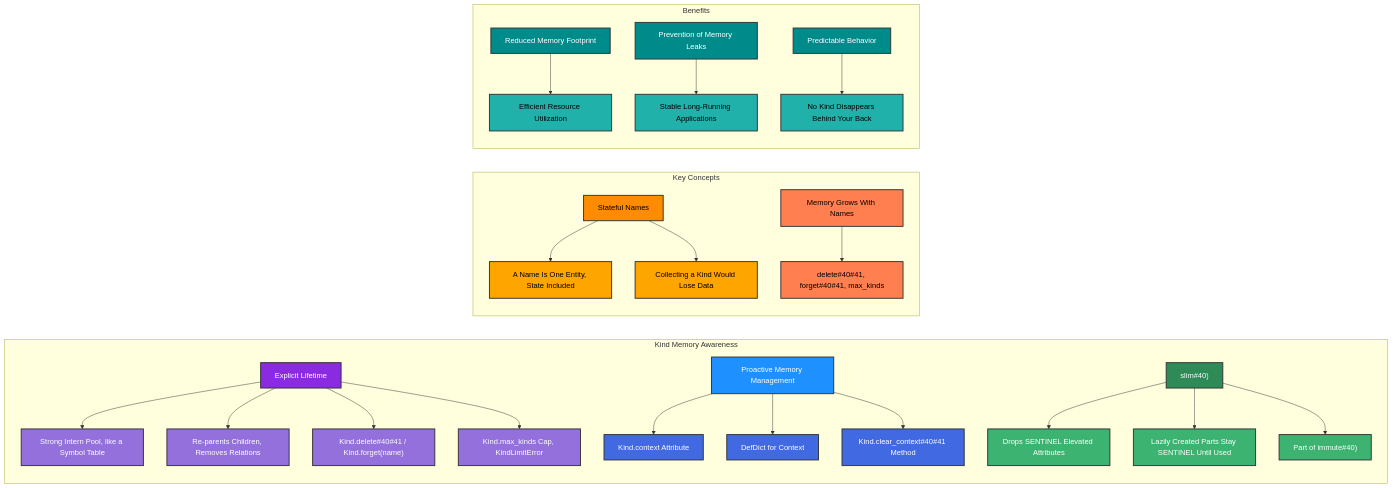
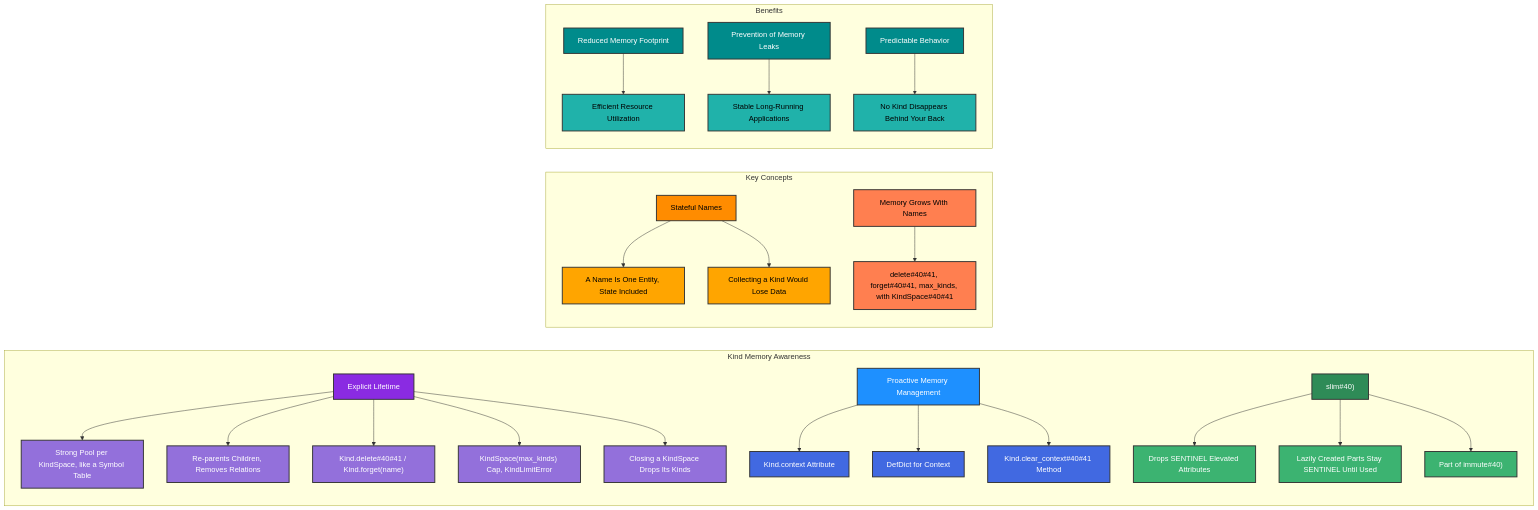
The diagram in docs/topics/10_memory_awareness/memory_awareness_overview.mmd (ikko/kind), drawn with Mermaid before and after one commit. The commit also changed 78 other files, not shown here.

First line of the commit message:
v0.2.0: KindSpace makes the global state explicit; time is opt-in; scheduling is its own package

```diff
--- a/docs/topics/10_memory_awareness/memory_awareness_overview.mmd
+++ b/docs/topics/10_memory_awareness/memory_awareness_overview.mmd
@@ -1,61 +1,63 @@
 graph LR
     subgraph "Kind Memory Awareness"
-        A[Explicit Lifetime] --> B[Strong Intern Pool, like a Symbol Table];
+        A[Explicit Lifetime] --> B[Strong Pool per KindSpace, like a Symbol Table];
         A --> C[Re-parents Children, Removes Relations];
         A --> D[Kind.delete#40#41 / Kind.forget#40;name#41;];
-        A --> X[Kind.max_kinds Cap, KindLimitError];
+        A --> X[KindSpace#40;max_kinds#41; Cap, KindLimitError];
+        A --> Y[Closing a KindSpace Drops Its Kinds];
 
         E[Proactive Memory Management] --> F[Kind.context Attribute];
         E --> G[DefDict for Context];
         E --> H[Kind.clear_context#40#41 Method];
 
         I[slim#40#41;] --> J[Drops SENTINEL Elevated Attributes];
         I --> K[Lazily Created Parts Stay SENTINEL Until Used];
         I --> L[Part of immute#40#41;];
     end
 
     subgraph "Key Concepts"
         M[Stateful Names] --> N[A Name Is One Entity, State Included];
         M --> O[Collecting a Kind Would Lose Data];
-        P[Memory Grows With Names] --> Q[delete#40#41, forget#40#41, max_kinds];
+        P[Memory Grows With Names] --> Q[delete#40#41, forget#40#41, max_kinds, with KindSpace#40#41];
     end
 
     subgraph "Benefits"
         R[Reduced Memory Footprint] --> S[Efficient Resource Utilization];
         T[Prevention of Memory Leaks] --> U[Stable Long-Running Applications];
         V[Predictable Behavior] --> W[No Kind Disappears Behind Your Back];
     end
 
     %% Core deletion functionality - purple theme
     style A fill:#8A2BE2,stroke:#333,stroke-width:2px,color:#FFFFFF;
     style B fill:#9370DB,stroke:#333,stroke-width:2px,color:#FFFFFF;
     style C fill:#9370DB,stroke:#333,stroke-width:2px,color:#FFFFFF;
     style D fill:#9370DB,stroke:#333,stroke-width:2px,color:#FFFFFF;
     style X fill:#9370DB,stroke:#333,stroke-width:2px,color:#FFFFFF;
+    style Y fill:#9370DB,stroke:#333,stroke-width:2px,color:#FFFFFF;
 
     %% Proactive management - blue theme
     style E fill:#1E90FF,stroke:#333,stroke-width:2px,color:#FFFFFF;
     style F fill:#4169E1,stroke:#333,stroke-width:2px,color:#FFFFFF;
     style G fill:#4169E1,stroke:#333,stroke-width:2px,color:#FFFFFF;
     style H fill:#4169E1,stroke:#333,stroke-width:2px,color:#FFFFFF;
 
     %% Utility functions - green theme
     style I fill:#2E8B57,stroke:#333,stroke-width:2px,color:#FFFFFF;
     style J fill:#3CB371,stroke:#333,stroke-width:2px,color:#FFFFFF;
     style K fill:#3CB371,stroke:#333,stroke-width:2px,color:#FFFFFF;
     style L fill:#3CB371,stroke:#333,stroke-width:2px,color:#FFFFFF;
 
     %% Python concepts - orange theme
     style M fill:#FF8C00,stroke:#333,stroke-width:2px,color:#000000;
     style N fill:#FFA500,stroke:#333,stroke-width:2px,color:#000000;
     style O fill:#FFA500,stroke:#333,stroke-width:2px,color:#000000;
     style P fill:#FF7F50,stroke:#333,stroke-width:2px,color:#000000;
     style Q fill:#FF7F50,stroke:#333,stroke-width:2px,color:#000000;
 
     %% Benefits - teal theme
     style R fill:#008B8B,stroke:#333,stroke-width:2px,color:#FFFFFF;
     style S fill:#20B2AA,stroke:#333,stroke-width:2px,color:#000000;
     style T fill:#008B8B,stroke:#333,stroke-width:2px,color:#FFFFFF;
     style U fill:#20B2AA,stroke:#333,stroke-width:2px,color:#000000;
     style V fill:#008B8B,stroke:#333,stroke-width:2px,color:#FFFFFF;
     style W fill:#20B2AA,stroke:#333,stroke-width:2px,color:#000000;
```
